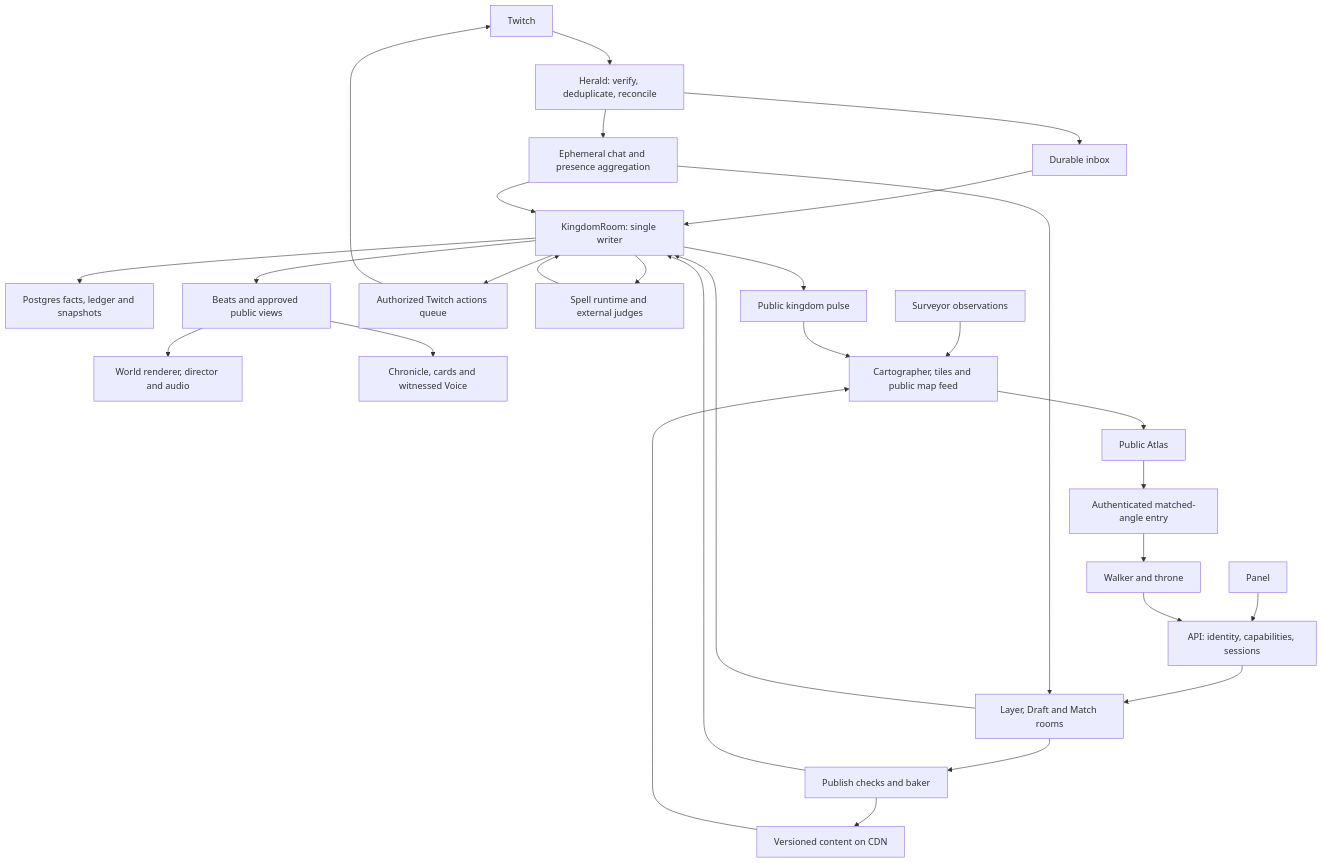
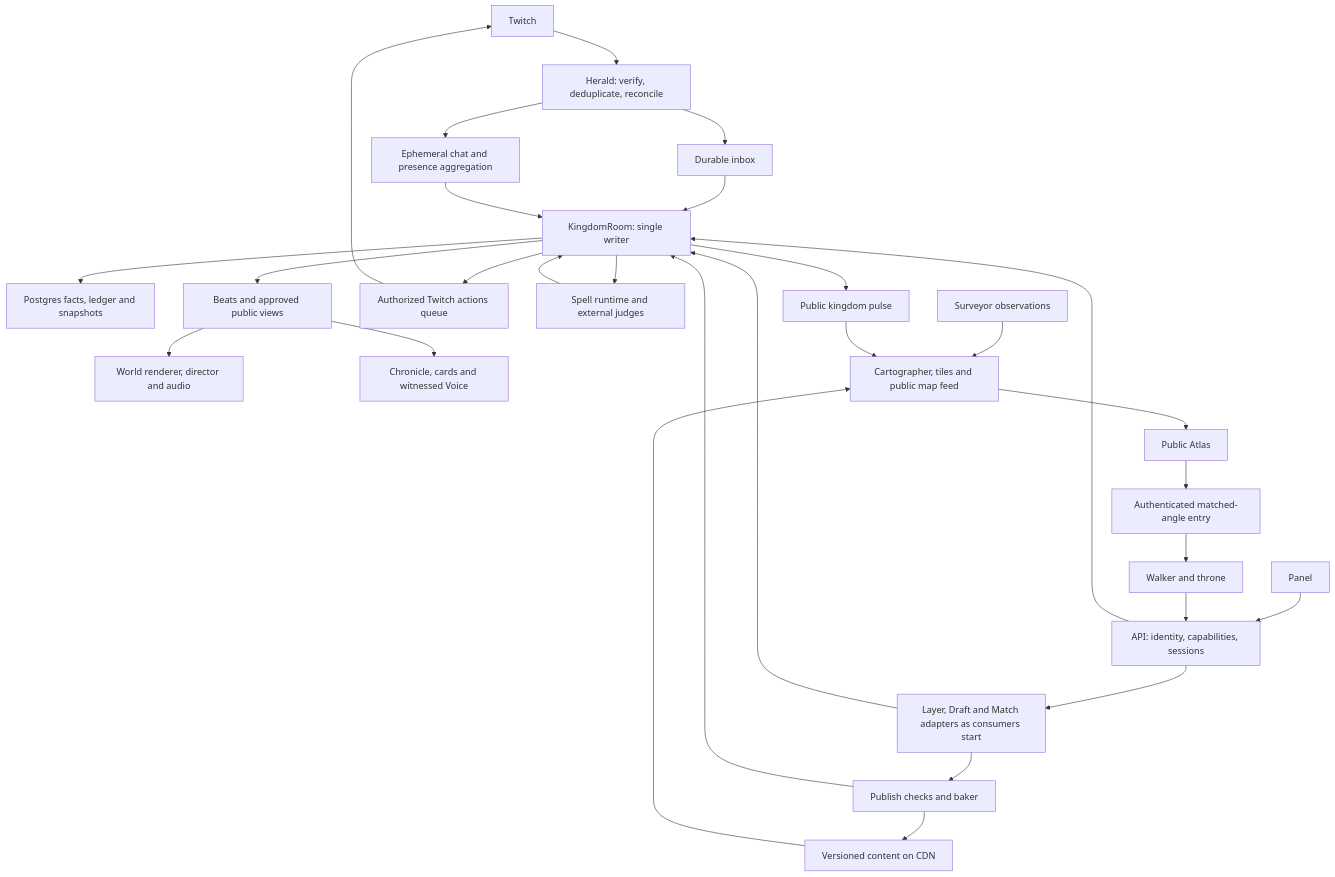
One commit to Tobi4s1337/chatdomgg changed the diagram in work/PLAN.md. Above: the diagram before and after it, drawn with Mermaid. The commit also changed other lines of this file and 52 other files, not shown here.

````diff
--- a/work/PLAN.md
+++ b/work/PLAN.md
@@ -33,31 +33,31 @@
 ```mermaid
 flowchart TD
   Twitch[Twitch] --> Herald[Herald: verify, deduplicate, reconcile]
   Herald --> Inbox[Durable inbox]
   Herald --> Ephemeral[Ephemeral chat and presence aggregation]
   Panel[Panel] --> API[API: identity, capabilities, sessions]
   Web[Walker and throne] --> API
-  API --> Rooms[Layer, Draft and Match rooms]
+  API --> Kingdom
+  API --> Rooms[Layer, Draft and Match adapters as consumers start]
   Inbox --> Kingdom[KingdomRoom: single writer]
   Ephemeral --> Kingdom
-  Ephemeral --> Rooms
   Rooms --> Kingdom
   Kingdom --> Facts[Postgres facts, ledger and snapshots]
   Kingdom --> Beats[Beats and approved public views]
   Beats --> Show[World renderer, director and audio]
   Beats --> Memory[Chronicle, cards and witnessed Voice]
   Kingdom --> Actions[Authorized Twitch actions queue]
   Actions --> Twitch
   Kingdom --> Magic[Spell runtime and external judges]
   Magic --> Kingdom
   Rooms --> Publish[Publish checks and baker]
   Publish --> Assets[Versioned content on CDN]
   Publish --> Kingdom
   Kingdom --> Pulse[Public kingdom pulse]
   Surveyor[Surveyor observations] --> MapData[Cartographer, tiles and public map feed]
   Pulse --> MapData
   Assets --> MapData
   MapData --> Atlas[Public Atlas]
   Atlas --> Entry[Authenticated matched-angle entry]
   Entry --> Web
 ```
````
